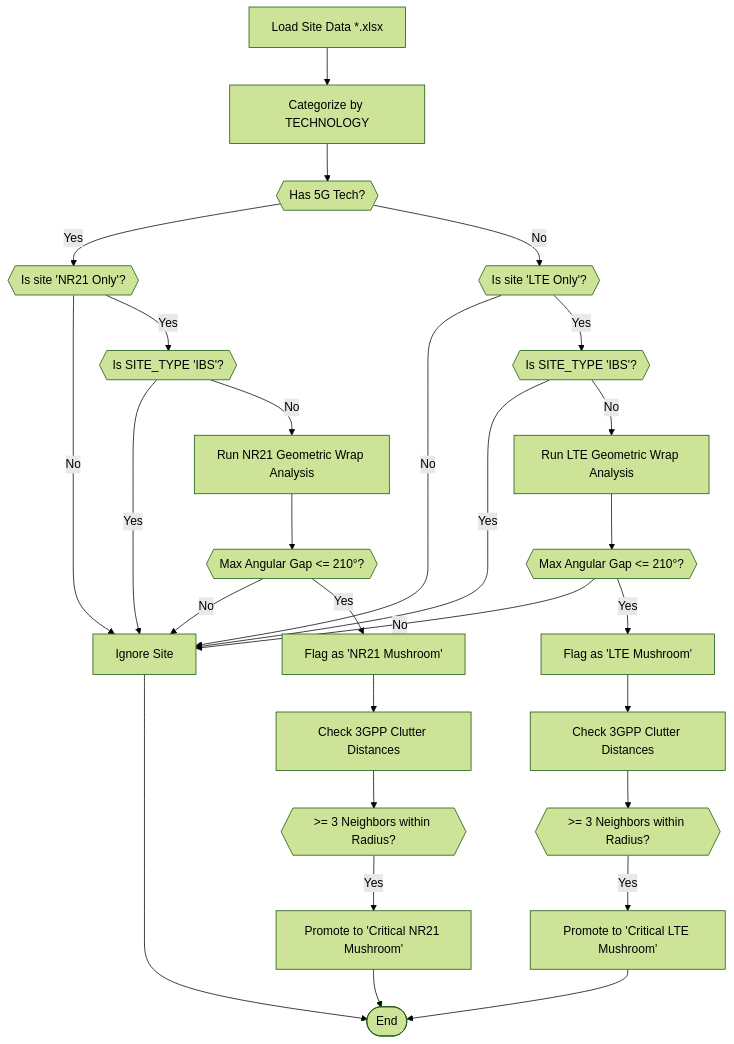
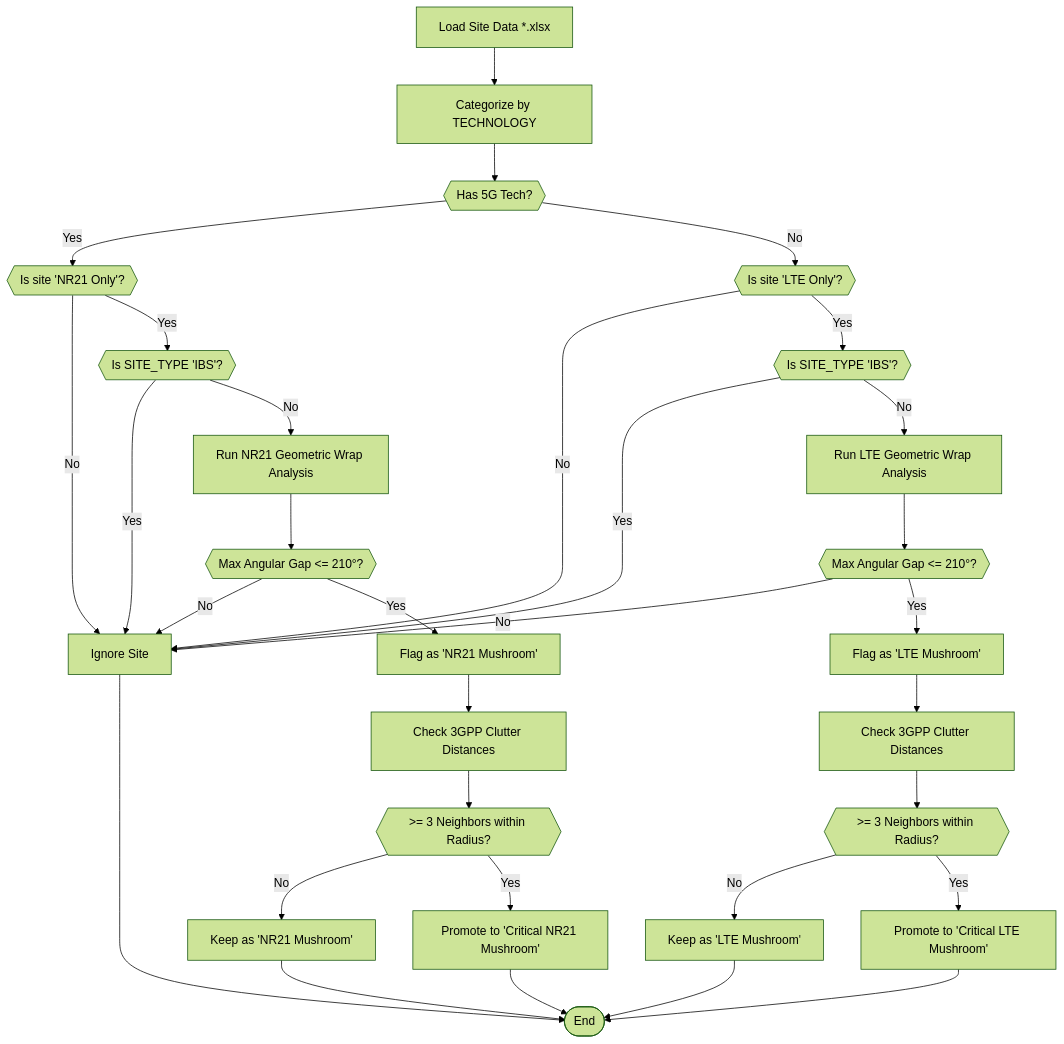
The diagram in README.md (rifkirusandi/MushroomNR_Analysis), drawn with Mermaid (forest theme) before and after one commit. The commit also changed 1 other file, not shown here.

Commit message:
docs: add missing branch for Regular Mushrooms failing clutter test

````diff
--- a/README.md
+++ b/README.md
@@ -9,37 +9,41 @@
 ```mermaid
 flowchart TD
     A[Load Site Data *.xlsx] --> B[Categorize by TECHNOLOGY]
     B --> C{{Has 5G Tech?}}
     C -- Yes --> D{{Is site 'NR21 Only'?}}
     C -- No --> E{{Is site 'LTE Only'?}}
     
     D -- No --> I[Ignore Site]
     D -- Yes --> IBS1{{Is SITE_TYPE 'IBS'?}}
     IBS1 -- Yes --> I
     IBS1 -- No --> MUSH_NR[Run NR21 Geometric Wrap Analysis]
     
     E -- No --> I
     E -- Yes --> IBS2{{Is SITE_TYPE 'IBS'?}}
     IBS2 -- Yes --> I
     IBS2 -- No --> MUSH_LTE[Run LTE Geometric Wrap Analysis]
     
     MUSH_NR --> TEST_NR{{Max Angular Gap <= 210°?}}
     TEST_NR -- No --> I
     TEST_NR -- Yes --> FLAG_NR[Flag as 'NR21 Mushroom']
     
     MUSH_LTE --> TEST_LTE{{Max Angular Gap <= 210°?}}
     TEST_LTE -- No --> I
     TEST_LTE -- Yes --> FLAG_LTE[Flag as 'LTE Mushroom']
     
     FLAG_NR --> CLUTTER_NR[Check 3GPP Clutter Distances]
     CLUTTER_NR --> CRIT_NR{{>= 3 Neighbors within Radius?}}
+    CRIT_NR -- No --> KEEP_NR[Keep as 'NR21 Mushroom']
     CRIT_NR -- Yes --> PROMOTE_NR[Promote to 'Critical NR21 Mushroom']
     
     FLAG_LTE --> CLUTTER_LTE[Check 3GPP Clutter Distances]
     CLUTTER_LTE --> CRIT_LTE{{>= 3 Neighbors within Radius?}}
+    CRIT_LTE -- No --> KEEP_LTE[Keep as 'LTE Mushroom']
     CRIT_LTE -- Yes --> PROMOTE_LTE[Promote to 'Critical LTE Mushroom']
     
     PROMOTE_NR --> END([End])
+    KEEP_NR --> END
     PROMOTE_LTE --> END
+    KEEP_LTE --> END
     I --> END
 ```
````
